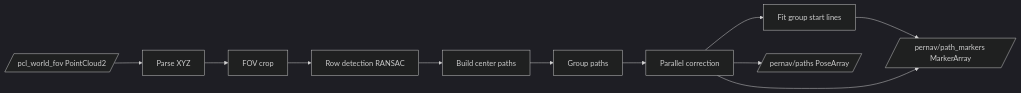
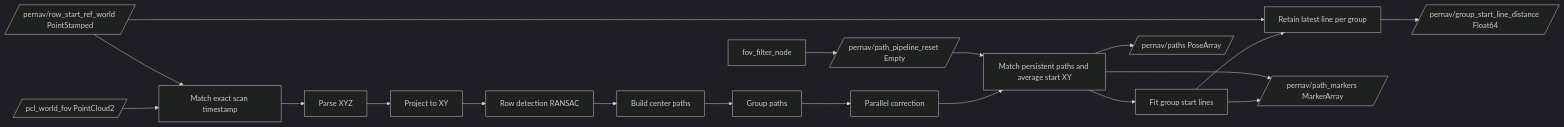
One commit to burakFM/pernav_path_detection changed the first of 3 diagrams in pernav_path_node/README.md. Above: the diagram before and after it, drawn with Mermaid (dark theme). The commit also changed other lines of this file and 10 other files, not shown here.

Commit message:
Add tracked path starts and repeated FOV cycles

````diff
--- a/pernav_path_node/README.md
+++ b/pernav_path_node/README.md
@@ -28,13 +28,21 @@
 ```mermaid
 flowchart LR
-    A[/pcl_world_fov PointCloud2/] --> B[Parse XYZ]
-    B --> C[FOV crop]
+    A[/pcl_world_fov PointCloud2/] --> S[Match exact scan timestamp]
+    R[/pernav/row_start_ref_world PointStamped/] --> S
+    S --> B[Parse XYZ]
+    B --> C[Project to XY]
     C --> D[Row detection RANSAC]
     D --> E[Build center paths]
     E --> F[Group paths]
     F --> G[Parallel correction]
-    G --> H[Fit group start lines]
-    G --> I[/pernav/paths PoseArray/]
+    G --> T[Match persistent paths and average start XY]
+    T --> H[Fit group start lines]
+    H --> K[Retain latest line per group]
+    R --> K
+    K --> L[/pernav/group_start_line_distance Float64/]
+    FOV[fov_filter_node] --> RESET[/pernav/path_pipeline_reset Empty/]
+    RESET --> T
+    T --> I[/pernav/paths PoseArray/]
     H --> J[/pernav/path_markers MarkerArray/]
-    G --> J
+    T --> J
 ```
````
